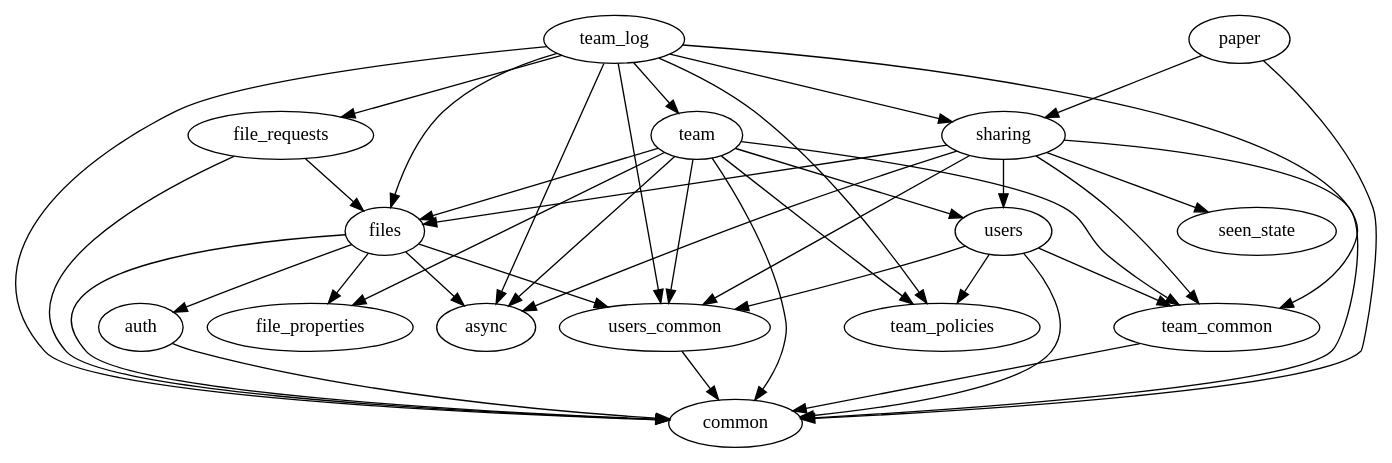
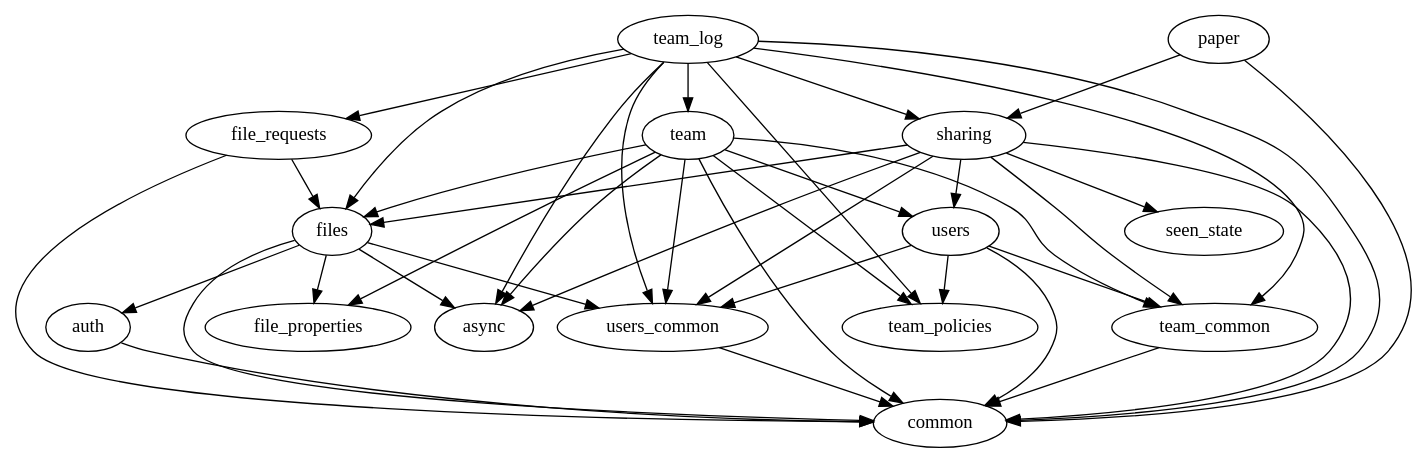
The diagram in namespaces.dot (dropbox/dropbox-sdk-rust), drawn with Graphviz before and after one commit. The commit also changed other lines of this file and 2 other files, not shown here.

```diff
--- a/namespaces.dot
+++ b/namespaces.dot
@@ -1,17 +1,17 @@
 digraph deps {
-    files -> { users_common async common auth file_properties };
-    sharing -> { files seen_state team_common common users_common async users };
-    users -> { users_common team_common common team_policies };
+    async;
+    auth -> { common };
+    common;
     file_properties;
     file_requests -> { files common };
+    files -> { users_common async common auth file_properties };
+    paper -> { sharing common };
+    seen_state;
+    sharing -> { files seen_state team_common common users_common async users };
+    team -> { files users file_properties team_policies team_common common users_common async };
+    team_common -> { common };
+    team_log -> { files sharing file_requests team_policies team_common common team users_common async };
     team_policies;
-    auth -> { common };
-    team_log -> { files sharing file_requests team_policies team_common common team users_common async };
-    team_common -> { common };
-    paper -> { sharing common };
-    common;
-    team -> { files users file_properties team_policies team_common common users_common async };
+    users -> { users_common team_common common team_policies };
     users_common -> { common };
-    async;
-    seen_state;
 }
```
